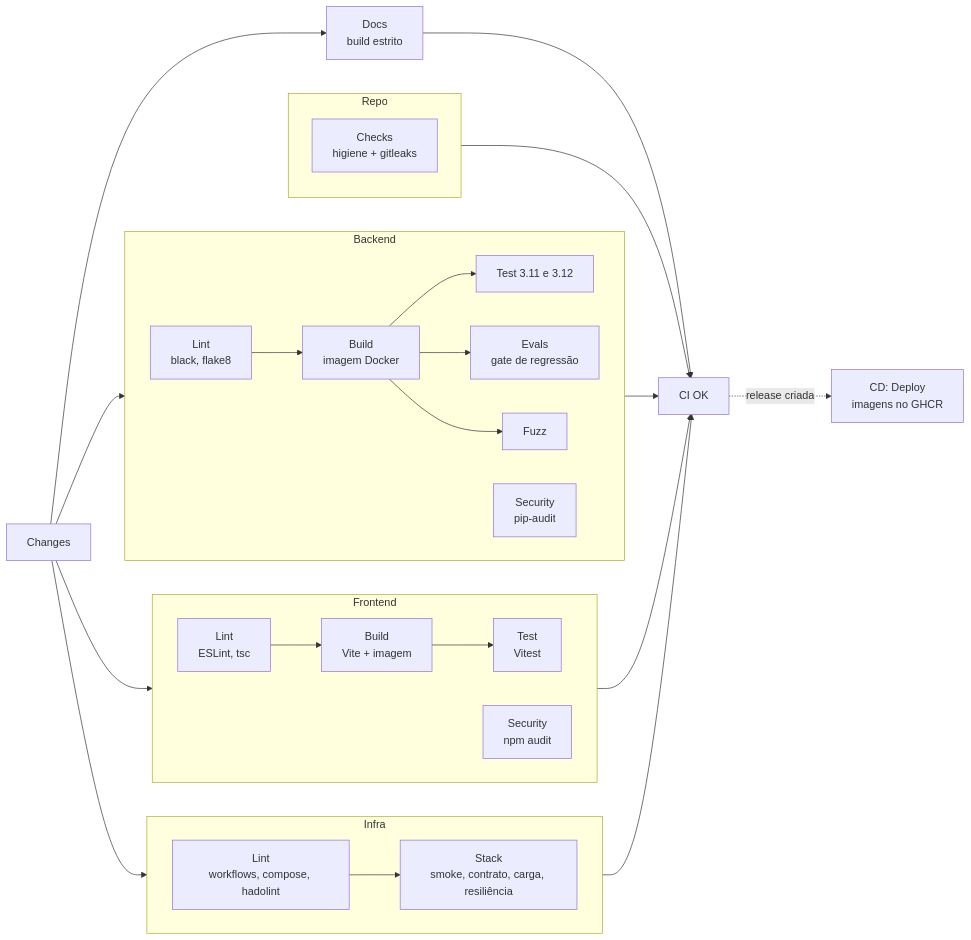
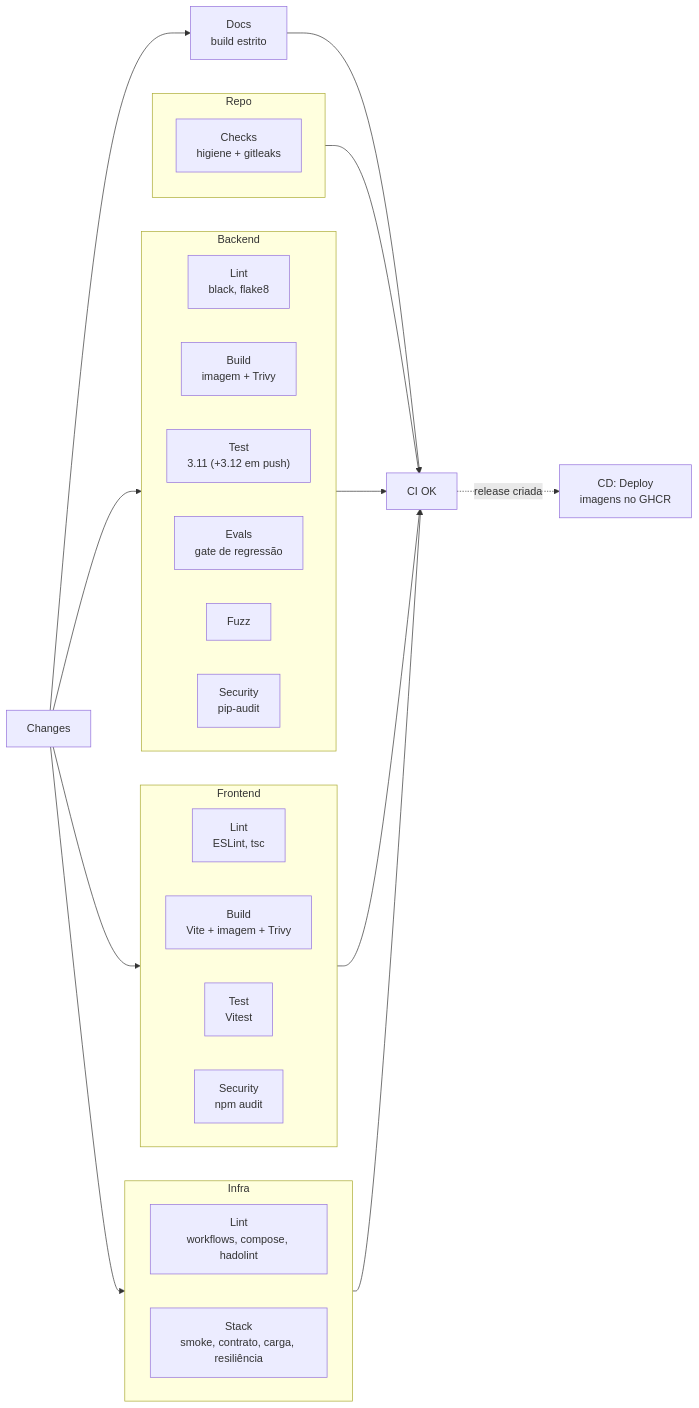
One commit to conformia-bndes/conformia-platform changed the diagram in docs/development/devops.md. Above: the diagram before and after it, drawn with Mermaid. The commit also changed other lines of this file and 9 other files, not shown here.

````diff
--- a/docs/development/devops.md
+++ b/docs/development/devops.md
@@ -38,31 +41,34 @@
 ```mermaid
 flowchart LR
     changes["Changes"] --> Backend & Frontend & Infra & docs
     subgraph Repo
         rc["Checks<br/>higiene + gitleaks"]
     end
     subgraph Backend
         direction LR
-        bl["Lint<br/>black, flake8"] --> bb["Build<br/>imagem Docker"]
-        bb --> bt["Test 3.11 e 3.12"]
-        bb --> be["Evals<br/>gate de regressão"]
-        bb --> bf["Fuzz"]
+        bl["Lint<br/>black, flake8"]
+        bb["Build<br/>imagem + Trivy"]
+        bt["Test<br/>3.11 (+3.12 em push)"]
+        be["Evals<br/>gate de regressão"]
+        bf["Fuzz"]
         bs["Security<br/>pip-audit"]
     end
     subgraph Frontend
         direction LR
-        fl["Lint<br/>ESLint, tsc"] --> fb["Build<br/>Vite + imagem"]
-        fb --> ft["Test<br/>Vitest"]
+        fl["Lint<br/>ESLint, tsc"]
+        fb["Build<br/>Vite + imagem + Trivy"]
+        ft["Test<br/>Vitest"]
         fs["Security<br/>npm audit"]
     end
     subgraph Infra
         direction LR
-        il["Lint<br/>workflows, compose, hadolint"] --> im["Stack<br/>smoke, contrato, carga, resiliência"]
+        il["Lint<br/>workflows, compose, hadolint"]
+        im["Stack<br/>smoke, contrato, carga, resiliência"]
     end
     Repo --> ok["CI OK"]
     Backend --> ok
     Frontend --> ok
     Infra --> ok
     docs["Docs<br/>build estrito"] --> ok
     ok -.->|release criada| cd["CD: Deploy<br/>imagens no GHCR"]
 ```
````
